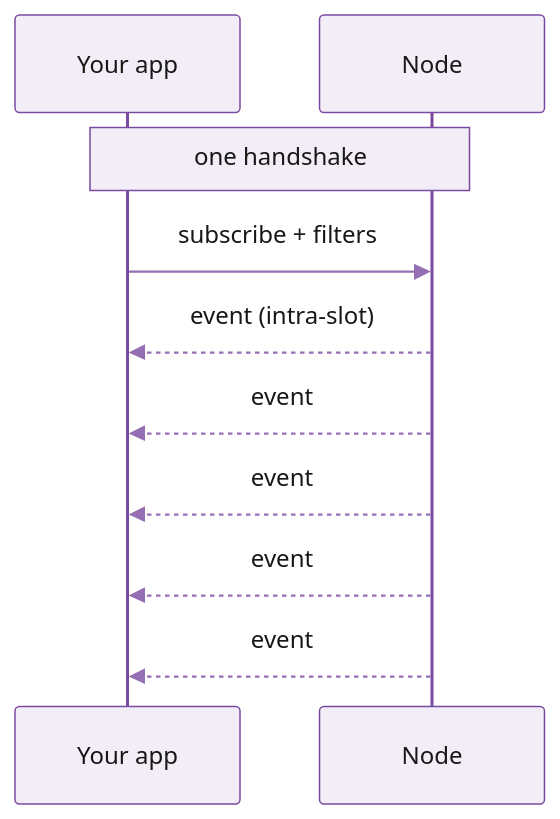
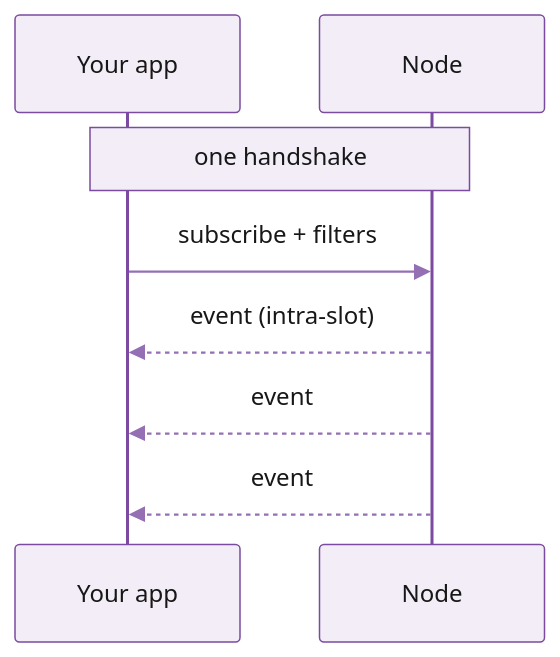
The second of 2 diagrams in documentation/real-time-streaming.md (praptisharma28/triton-docs-v5), drawn with Mermaid before and after one commit.

Commit message:
Streaming: drop last 2 event arrows to match polling height

````diff
--- a/documentation/real-time-streaming.md
+++ b/documentation/real-time-streaming.md
@@ -30,13 +30,11 @@
 ```mermaid
 %%{init: {'theme':'base','themeVariables':{'primaryColor':'#F2EDF6','primaryBorderColor':'#7A4BA0','primaryTextColor':'#171717','lineColor':'#956FB3','actorBkg':'#F2EDF6','actorBorder':'#7A4BA0','actorTextColor':'#171717','signalColor':'#956FB3','signalTextColor':'#171717','noteBkgColor':'#F2EDF6','noteBorderColor':'#7A4BA0','noteTextColor':'#171717','labelBoxBkgColor':'#E4DBEC','labelBoxBorderColor':'#7A4BA0'}}}%%
 sequenceDiagram
     participant C as Your app
     participant S as Node
     Note over C,S: one handshake
     C->>S: subscribe + filters
     S-->>C: event (intra-slot)
     S-->>C: event
     S-->>C: event
-    S-->>C: event
-    S-->>C: event
 ```
````
